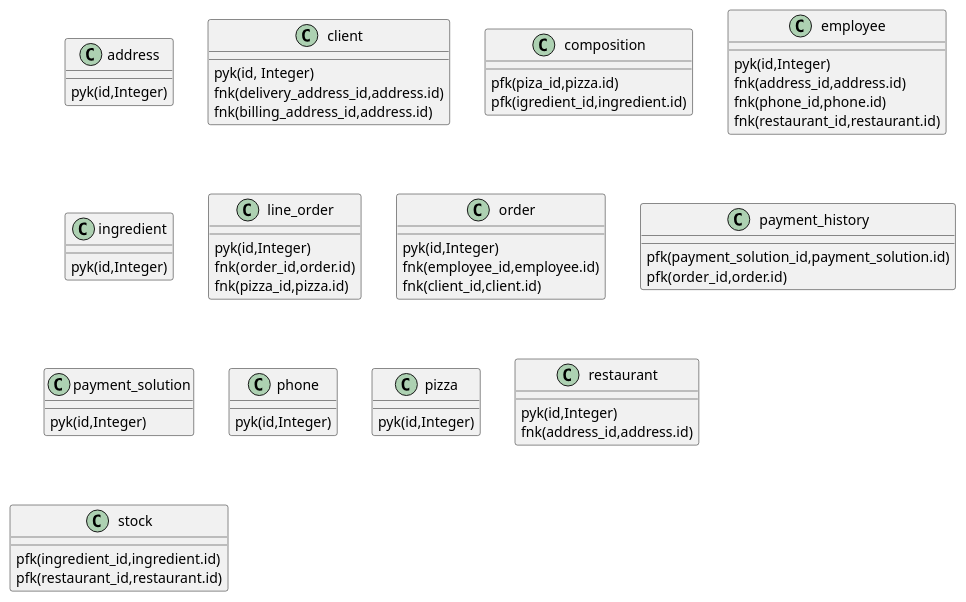
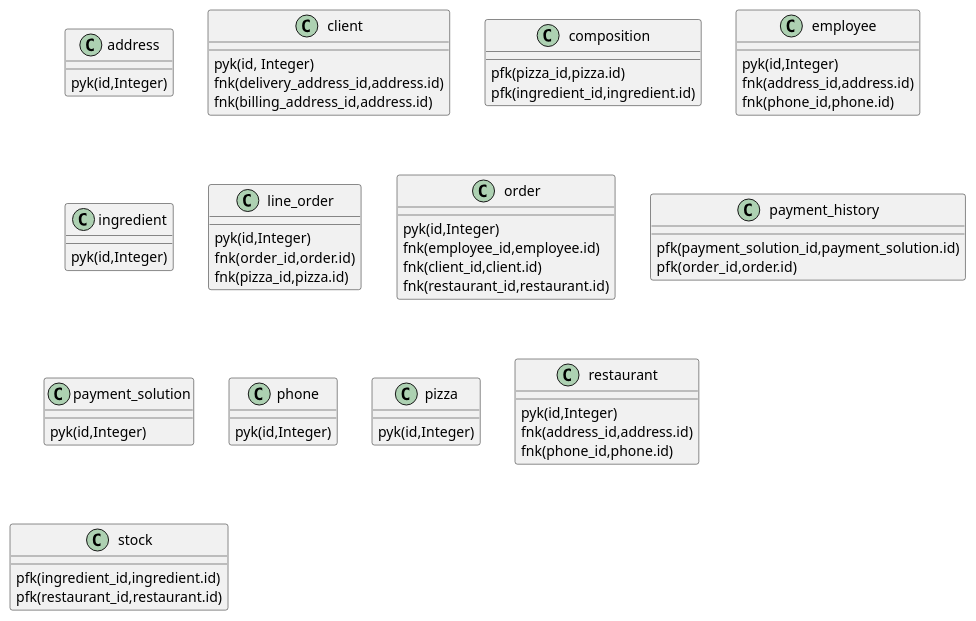
One commit to freezed/ocp6 changed the diagram in src-puml/keys.iuml. Above: the diagram before and after it, drawn with PlantUML. The commit also changed 1 other file, not shown here.

```diff
--- a/src-puml/keys.iuml
+++ b/src-puml/keys.iuml
@@ -1,53 +1,54 @@
 /' = = = = = = = KEY = = = = = = = '/
 class address {
     pyk(id,Integer)
 }
 class client {
     pyk(id, Integer)
     fnk(delivery_address_id,address.id)
     fnk(billing_address_id,address.id)
 }
 class composition {
-    pfk(piza_id,pizza.id)
-    pfk(igredient_id,ingredient.id)
+    pfk(pizza_id,pizza.id)
+    pfk(ingredient_id,ingredient.id)
 }
 class employee {
     pyk(id,Integer)
     fnk(address_id,address.id)
     fnk(phone_id,phone.id)
-    fnk(restaurant_id,restaurant.id)
 }
 class ingredient {
     pyk(id,Integer)
 }
 class line_order {
     pyk(id,Integer)
     fnk(order_id,order.id)
     fnk(pizza_id,pizza.id)
 }
 class order {
     pyk(id,Integer)
     fnk(employee_id,employee.id)
     fnk(client_id,client.id)
+    fnk(restaurant_id,restaurant.id)
 }
 class payment_history {
     pfk(payment_solution_id,payment_solution.id)
     pfk(order_id,order.id)
 }
 class payment_solution {
     pyk(id,Integer)
 }
 class phone {
     pyk(id,Integer)
 }
 class pizza {
     pyk(id,Integer)
 }
 class restaurant {
     pyk(id,Integer)
     fnk(address_id,address.id)
+    fnk(phone_id,phone.id)
 }
 class stock {
     pfk(ingredient_id,ingredient.id)
     pfk(restaurant_id,restaurant.id)
 }
```
